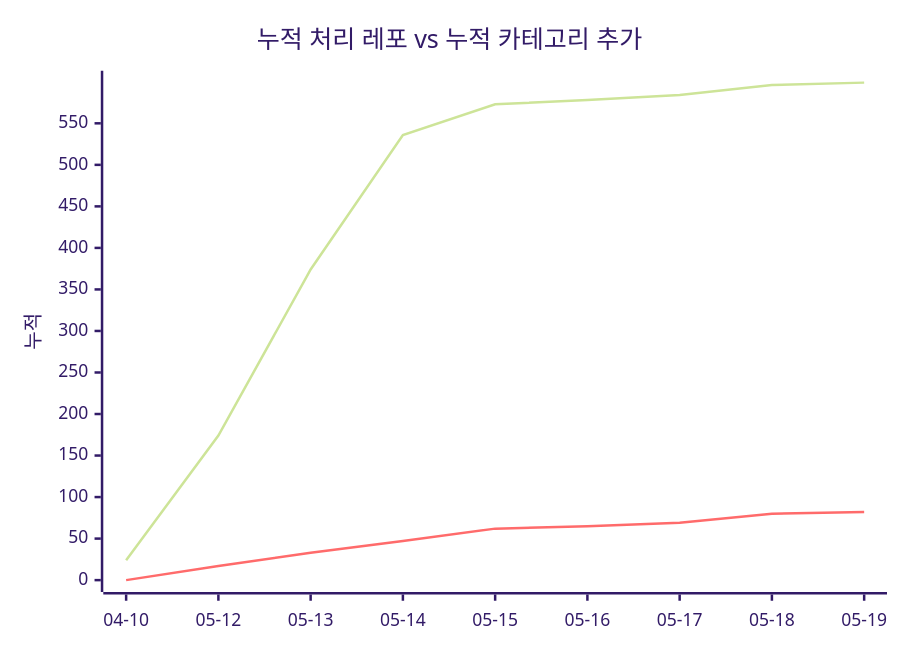
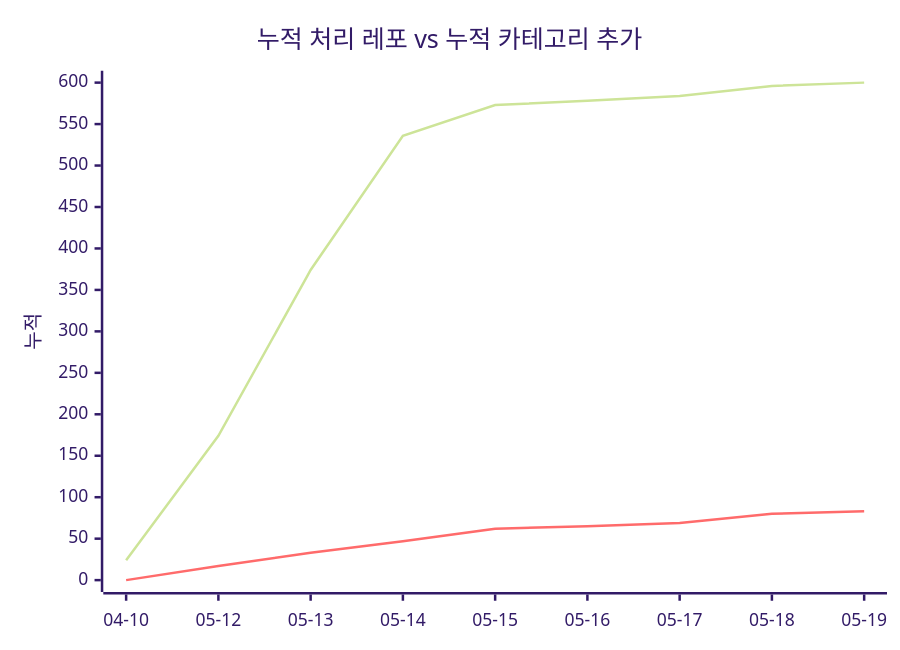
One commit to J-nowcow/awesome-korean-agent-skills changed the second of 2 diagrams in docs/trends.md. Above: the diagram before and after it, drawn with Mermaid (forest theme). The commit also changed other lines of this file and 4 other files, not shown here.

````diff
--- a/docs/trends.md
+++ b/docs/trends.md
@@ -63,8 +63,8 @@
 ```mermaid
 xychart-beta
     title "누적 처리 레포 vs 누적 카테고리 추가"
     x-axis ["04-10","05-12","05-13","05-14","05-15","05-16","05-17","05-18","05-19"]
     y-axis "누적"
-    line [24,174,374,536,573,578,584,596,599]
-    line [0,17,33,47,62,65,69,80,82]
+    line [24,174,374,536,573,578,584,596,600]
+    line [0,17,33,47,62,65,69,80,83]
 ```
````
